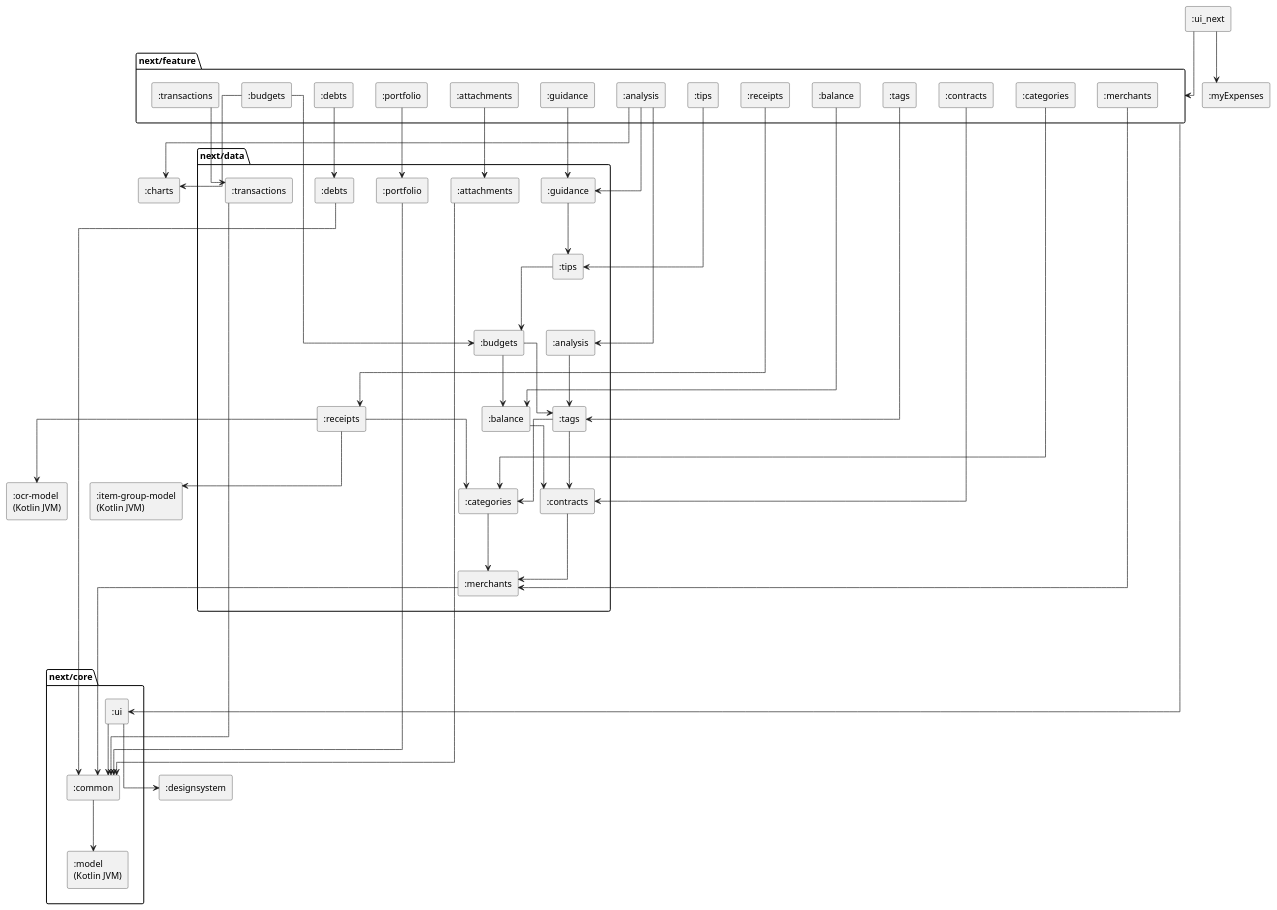
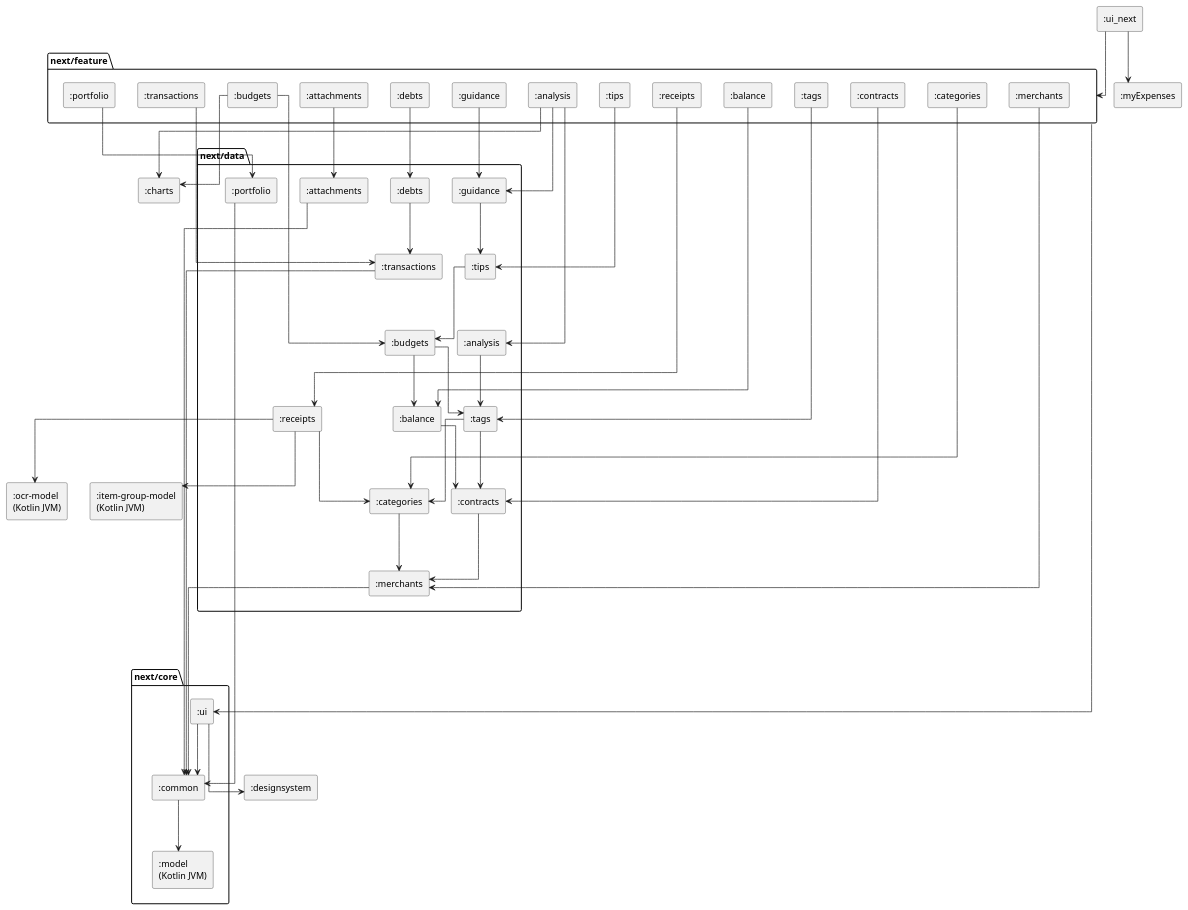
Before and after one commit to castn/MyExpenses: the diagram in ui_next/modules.puml, drawn with PlantUML. The commit also changed 29 other files, not shown here.

```diff
--- a/ui_next/modules.puml
+++ b/ui_next/modules.puml
@@ -1,103 +1,103 @@
 @startuml modules
 ' Generated by the task moduleGraph of build-logic (ModuleGraphPlugin), do not edit.
 ' Dependencies between the modules of the new UI, rule `mod-diagram` of ARCHITECTURE.md.
 ' An edge that follows from a longer path is left out.
 ' An edge from or to a package stands for an edge from or to every module in it.
 skinparam componentStyle rectangle
 skinparam linetype ortho
 skinparam ranksep 80
 top to bottom direction
 
 [:charts] as mCharts
 [:designsystem] as mDesignsystem
 [:item-group-model\n(Kotlin JVM)] as mItemGroupModel
 [:myExpenses] as mMyExpenses
 [:ocr-model\n(Kotlin JVM)] as mOcrModel
 [:ui_next] as mUiNext
 
 package "next/core" as pNextCore {
     [:common] as mNextCoreCommon
     [:model\n(Kotlin JVM)] as mNextCoreModel
     [:ui] as mNextCoreUi
 }
 
 package "next/data" as pNextData {
     [:analysis] as mNextDataAnalysis
     [:attachments] as mNextDataAttachments
     [:balance] as mNextDataBalance
     [:budgets] as mNextDataBudgets
     [:categories] as mNextDataCategories
     [:contracts] as mNextDataContracts
     [:debts] as mNextDataDebts
     [:guidance] as mNextDataGuidance
     [:merchants] as mNextDataMerchants
     [:portfolio] as mNextDataPortfolio
     [:receipts] as mNextDataReceipts
     [:tags] as mNextDataTags
     [:tips] as mNextDataTips
     [:transactions] as mNextDataTransactions
 }
 
 package "next/feature" as pNextFeature {
     [:analysis] as mNextFeatureAnalysis
     [:attachments] as mNextFeatureAttachments
     [:balance] as mNextFeatureBalance
     [:budgets] as mNextFeatureBudgets
     [:categories] as mNextFeatureCategories
     [:contracts] as mNextFeatureContracts
     [:debts] as mNextFeatureDebts
     [:guidance] as mNextFeatureGuidance
     [:merchants] as mNextFeatureMerchants
     [:portfolio] as mNextFeaturePortfolio
     [:receipts] as mNextFeatureReceipts
     [:tags] as mNextFeatureTags
     [:tips] as mNextFeatureTips
     [:transactions] as mNextFeatureTransactions
 }
 
 ' Layout only
 mNextDataMerchants -[hidden]--> pNextCore
 mNextFeatureTransactions -[hidden]--> pNextData
 
 mUiNext --> pNextFeature
 pNextFeature --> mNextCoreUi
 mNextCoreCommon --> mNextCoreModel
 mNextCoreUi --> mDesignsystem
 mNextCoreUi --> mNextCoreCommon
 mNextDataAnalysis --> mNextDataTags
 mNextDataAttachments --> mNextCoreCommon
 mNextDataBalance --> mNextDataContracts
 mNextDataBudgets --> mNextDataBalance
 mNextDataBudgets --> mNextDataTags
 mNextDataCategories --> mNextDataMerchants
 mNextDataContracts --> mNextDataMerchants
-mNextDataDebts --> mNextCoreCommon
+mNextDataDebts --> mNextDataTransactions
 mNextDataGuidance --> mNextDataTips
 mNextDataMerchants --> mNextCoreCommon
 mNextDataPortfolio --> mNextCoreCommon
 mNextDataReceipts --> mItemGroupModel
 mNextDataReceipts --> mNextDataCategories
 mNextDataReceipts --> mOcrModel
 mNextDataTags --> mNextDataCategories
 mNextDataTags --> mNextDataContracts
 mNextDataTips --> mNextDataBudgets
 mNextDataTransactions --> mNextCoreCommon
 mNextFeatureAnalysis --> mCharts
 mNextFeatureAnalysis --> mNextDataAnalysis
 mNextFeatureAnalysis --> mNextDataGuidance
 mNextFeatureAttachments --> mNextDataAttachments
 mNextFeatureBalance --> mNextDataBalance
 mNextFeatureBudgets --> mCharts
 mNextFeatureBudgets --> mNextDataBudgets
 mNextFeatureCategories --> mNextDataCategories
 mNextFeatureContracts --> mNextDataContracts
 mNextFeatureDebts --> mNextDataDebts
 mNextFeatureGuidance --> mNextDataGuidance
 mNextFeatureMerchants --> mNextDataMerchants
 mNextFeaturePortfolio --> mNextDataPortfolio
 mNextFeatureReceipts --> mNextDataReceipts
 mNextFeatureTags --> mNextDataTags
 mNextFeatureTips --> mNextDataTips
 mNextFeatureTransactions --> mNextDataTransactions
 mUiNext --> mMyExpenses
 @enduml
```
